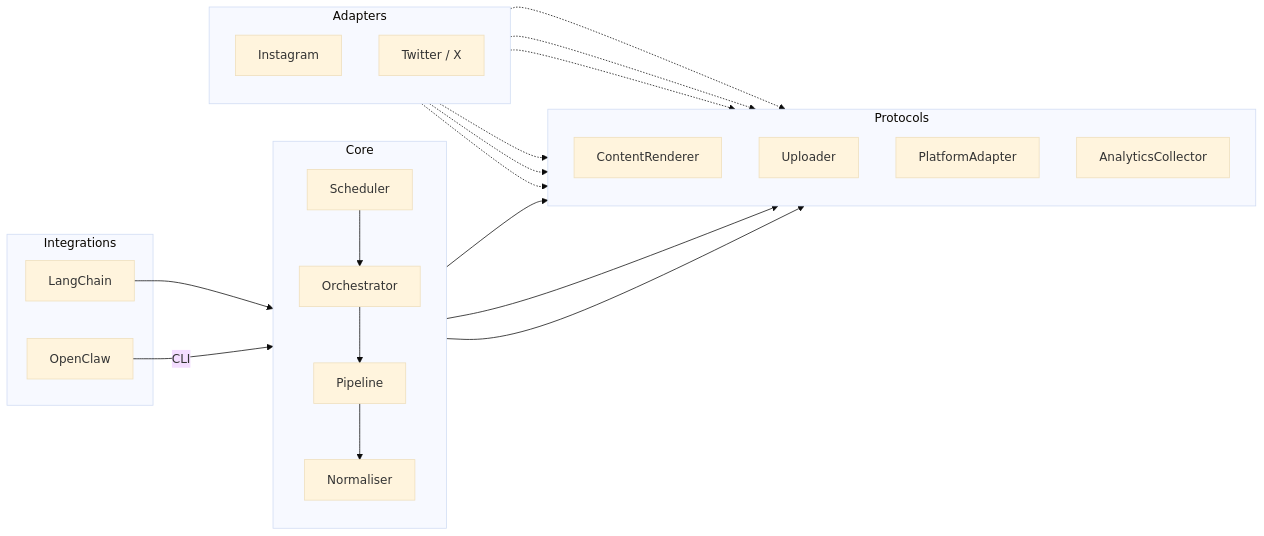
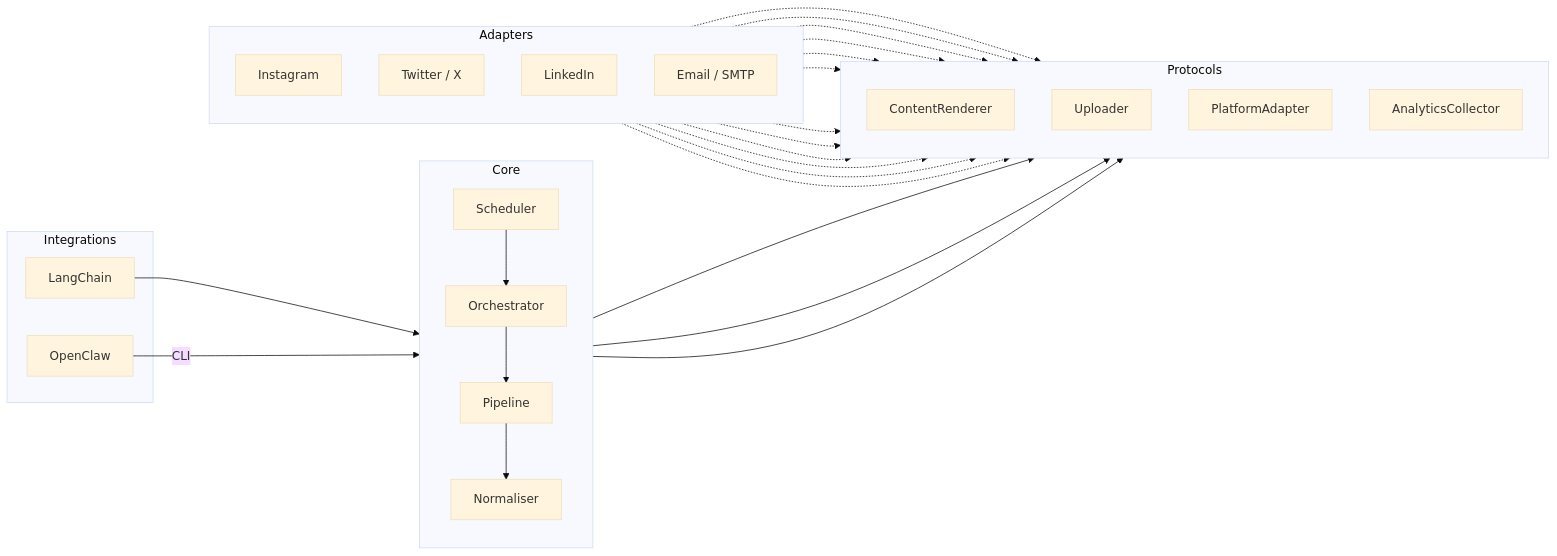
Before and after one commit to nooptr/marketmenow: the diagram in README.md, drawn with Mermaid (base theme). The commit also changed other lines of this file and 37 other files, not shown here.

````diff
--- a/README.md
+++ b/README.md
@@ -29,40 +31,48 @@
 ```mermaid
 graph LR
     subgraph integrations [" Integrations"]
         LC["LangChain"]
         OC["OpenClaw"]
     end
 
     subgraph core [" Core"]
         direction TB
         Scheduler --> Orchestrator
         Orchestrator --> Pipeline
         Pipeline --> Normaliser["Normaliser"]
     end
 
     subgraph ports [" Protocols"]
         direction TB
         Renderer["ContentRenderer"]
         Uploader["Uploader"]
         Adapter["PlatformAdapter"]
         Analytics["AnalyticsCollector"]
     end
 
     subgraph adapters [" Adapters"]
         direction TB
         IG["Instagram"]
         TW["Twitter / X"]
+        LI["LinkedIn"]
+        EM["Email / SMTP"]
     end
 
     LC --> Orchestrator
     OC -->|CLI| Pipeline
     Pipeline --> Renderer
     Pipeline --> Uploader
     Pipeline --> Adapter
     IG -.-> Renderer
     IG -.-> Uploader
     IG -.-> Adapter
     TW -.-> Renderer
     TW -.-> Uploader
     TW -.-> Adapter
+    LI -.-> Renderer
+    LI -.-> Uploader
+    LI -.-> Adapter
+    EM -.-> Renderer
+    EM -.-> Uploader
+    EM -.-> Adapter
 ```
````
